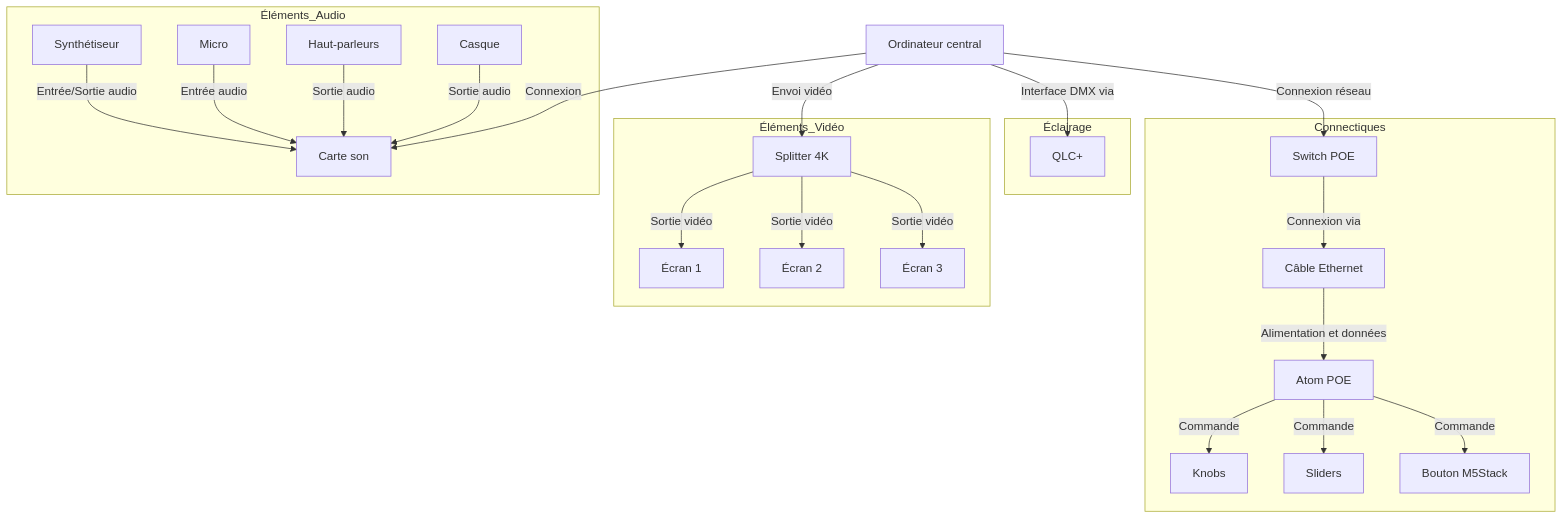
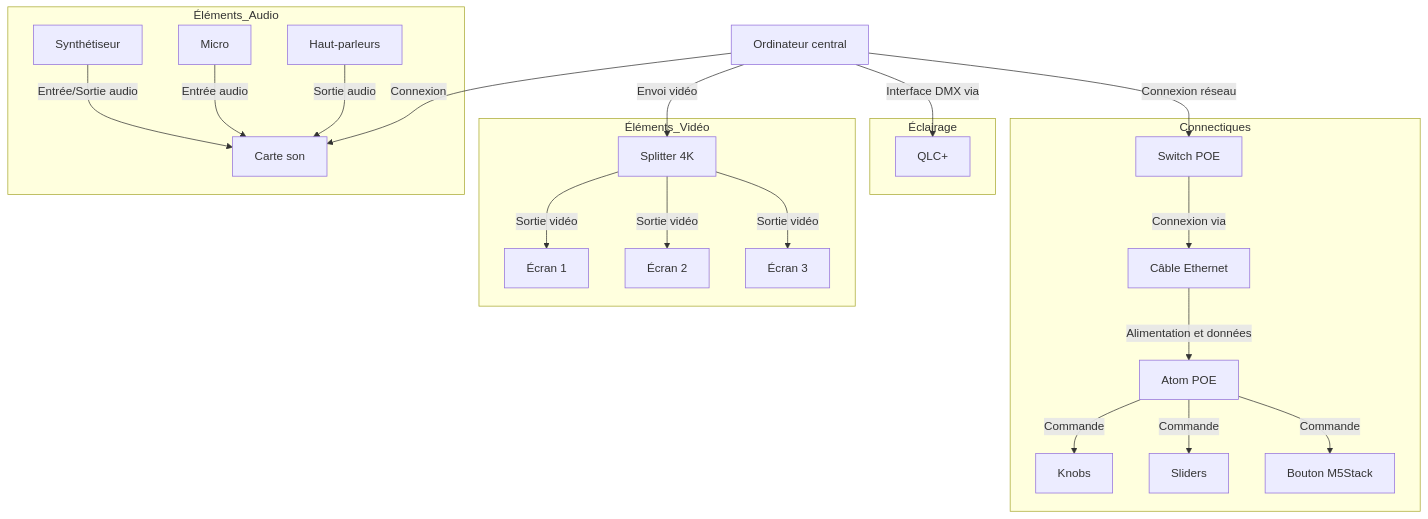
Before and after one commit to Escapism-Fuga/Fuga: the diagram in 30_production/30_synoptique/README.md, drawn with Mermaid.

`````diff
--- a/30_production/30_synoptique/README.md
+++ b/30_production/30_synoptique/README.md
@@ -5,56 +5,54 @@
 ````mermaid
 graph TD
     Ordinateur["Ordinateur central"]
     
     subgraph Éléments_Audio
         Synthé["Synthétiseur"]
         Micro["Micro"]
         HP["Haut-parleurs"]
         CarteSon["Carte son"]
-        Casque["Casque"]
     end
     
     subgraph Éléments_Vidéo
         TV1["Écran 1"]
         TV2["Écran 2"]
         TV3["Écran 3"]
         Splitter["Splitter 4K"]
     end
     
     subgraph Éclairage
         QLC["QLC+"]
     end
     
     subgraph Connectiques
         SwitchPOE["Switch POE"]
         CableEthernet["Câble Ethernet"]
         AtomPOE["Atom POE"]
         Knobs["Knobs"]
         Sliders["Sliders"]
         BoutonM5Stack["Bouton M5Stack"]
     end
     
     %% Connexions Audio
     Ordinateur --> |Connexion| CarteSon
     Synthé --> |Entrée/Sortie audio| CarteSon
     Micro --> |Entrée audio| CarteSon
     HP --> |Sortie audio| CarteSon
-    Casque --> |Sortie audio| CarteSon
 
     %% Connexions Vidéo
     Ordinateur --> |Envoi vidéo| Splitter
     Splitter --> |Sortie vidéo| TV1
     Splitter --> |Sortie vidéo| TV2
     Splitter --> |Sortie vidéo| TV3
     Ordinateur --> |Interface DMX via| QLC
     
     %% Réseau
     Ordinateur --> |Connexion réseau| SwitchPOE
     SwitchPOE --> |Connexion via| CableEthernet
     CableEthernet --> |Alimentation et données| AtomPOE
 
     %% Contrôles via AtomPOE
     AtomPOE --> |Commande| Knobs
     AtomPOE --> |Commande| Sliders
     AtomPOE --> |Commande| BoutonM5Stack
 ````
`````
